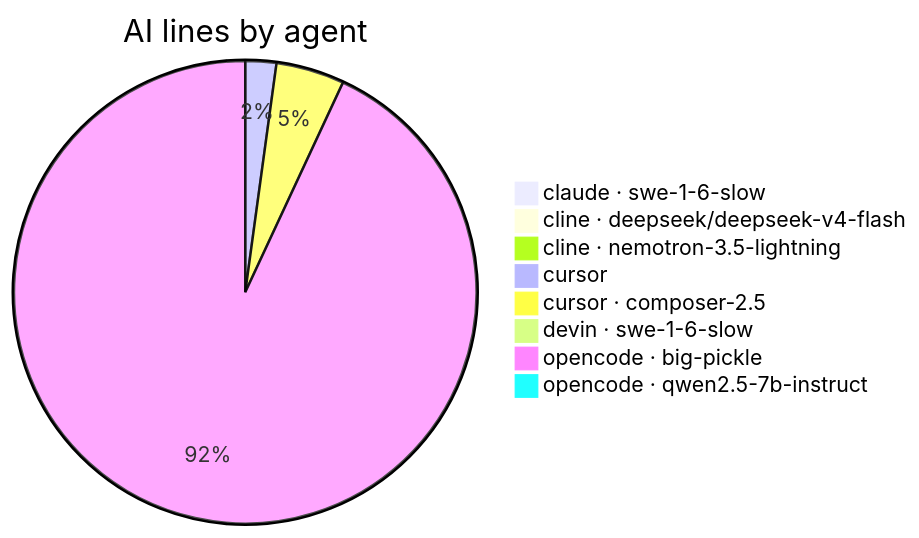
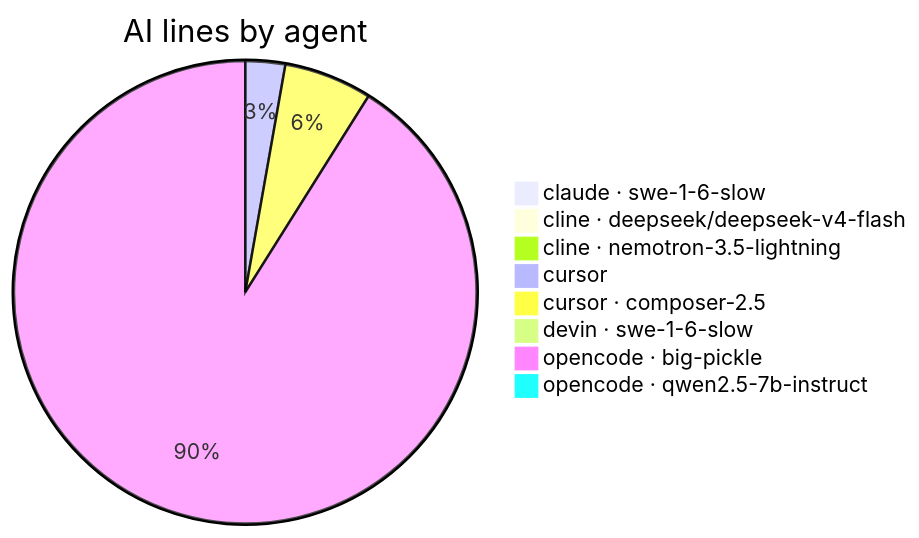
The second of 5 diagrams in AI-AUTHORSHIP.md (CaliMark/game-of-life), drawn with Mermaid before and after one commit. The commit also changed other lines of this file and 1 other file, not shown here.

````diff
--- a/AI-AUTHORSHIP.md
+++ b/AI-AUTHORSHIP.md
@@ -37,11 +37,11 @@
 ```mermaid
 pie title AI lines by agent
     "claude · swe-1-6-slow" : 1
     "cline · deepseek/deepseek-v4-flash" : 1
     "cline · nemotron-3.5-lightning" : 1
     "cursor" : 19
     "cursor · composer-2.5" : 42
     "devin · swe-1-6-slow" : 1
-    "opencode · big-pickle" : 818
+    "opencode · big-pickle" : 622
     "opencode · qwen2.5-7b-instruct" : 3
 ```
````
